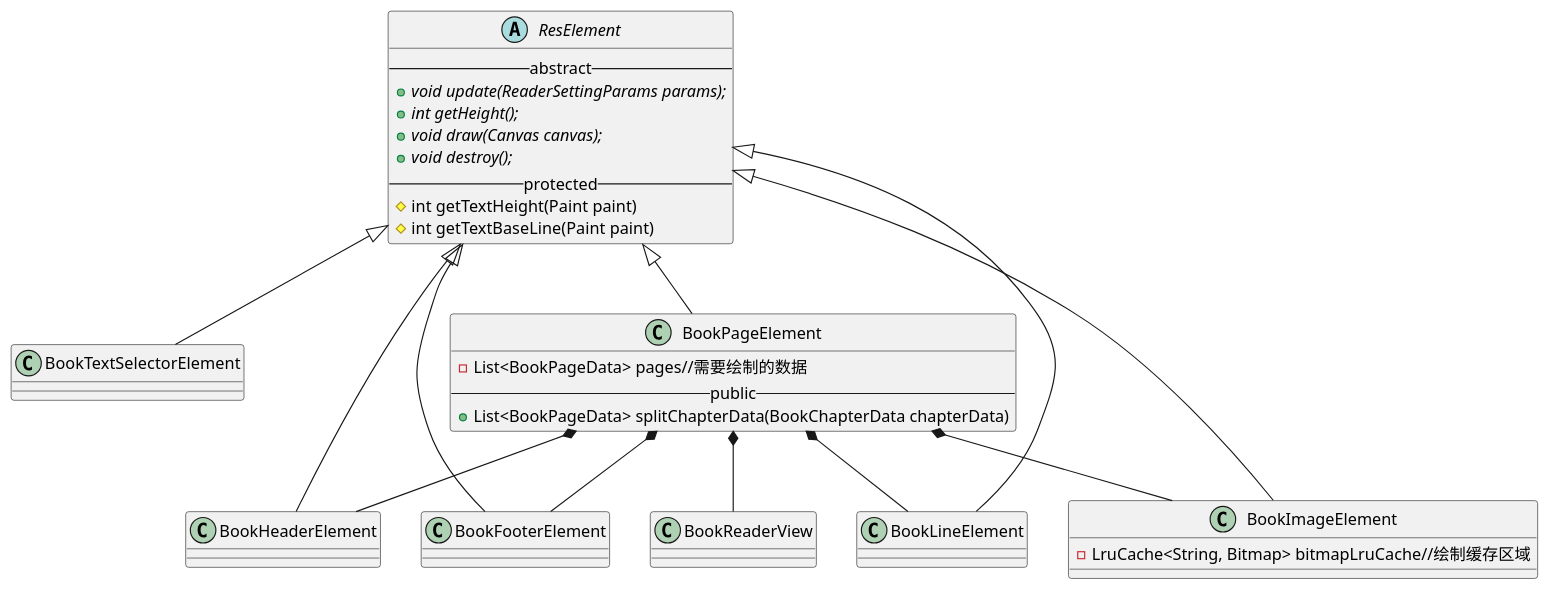
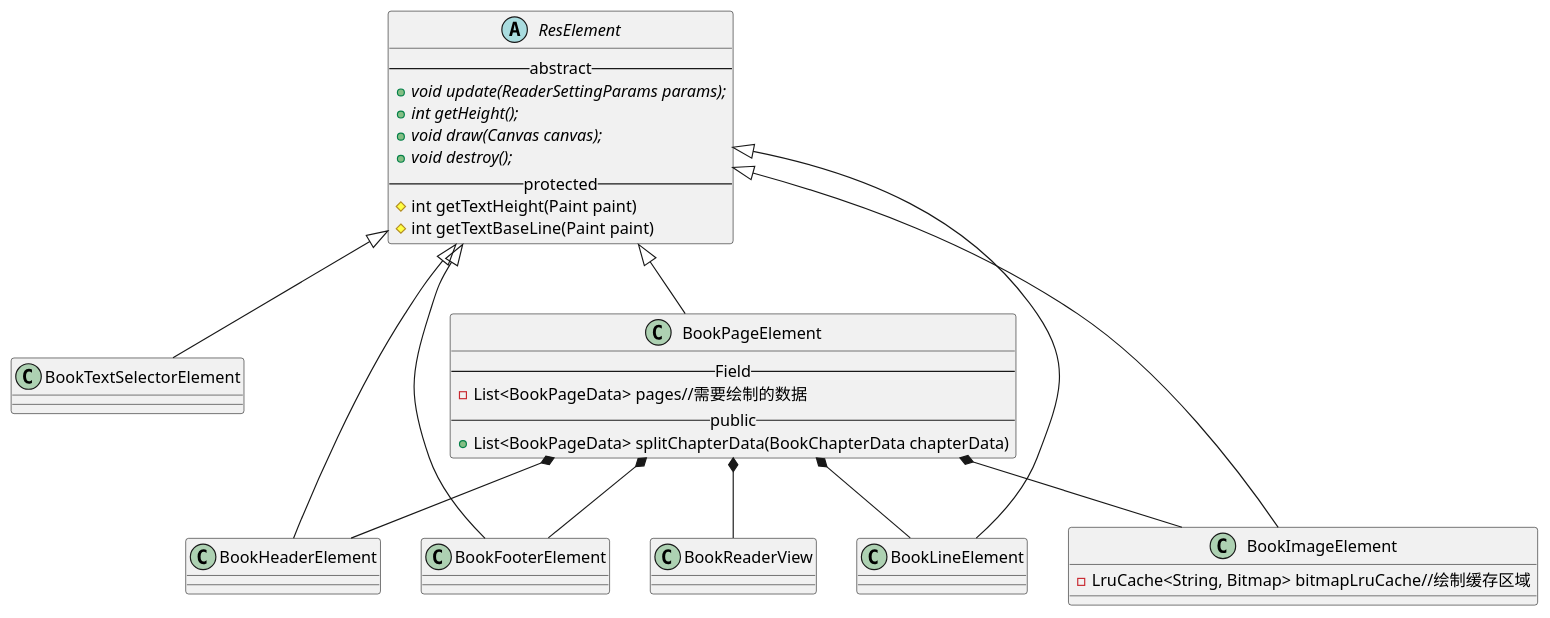
The diagram in uml/reader/module/reader/class/element.puml (yufns/uml), drawn with PlantUML before and after one commit. The commit also changed 4 other files, not shown here.

```diff
--- a/uml/reader/module/reader/class/element.puml
+++ b/uml/reader/module/reader/class/element.puml
@@ -1,40 +1,41 @@
 @startuml
 abstract class ResElement{
   -- abstract --
   + {abstract} void update(ReaderSettingParams params);
   + {abstract} int getHeight();
   + {abstract} void draw(Canvas canvas);
   + {abstract} void destroy();
   -- protected --
   # int getTextHeight(Paint paint)
   # int getTextBaseLine(Paint paint)
 }
 
 class BookTextSelectorElement
 
 class BookPageElement{
+  -- Field --
   - List<BookPageData> pages//需要绘制的数据
   -- public --
   + List<BookPageData> splitChapterData(BookChapterData chapterData)
 }
 class BookHeaderElement
 class BookFooterElement
 class BookLineElement
 class BookImageElement{
   - LruCache<String, Bitmap> bitmapLruCache//绘制缓存区域
 }
 
 ResElement <|-- BookPageElement
 ResElement <|-- BookHeaderElement
 ResElement <|-- BookFooterElement
 ResElement <|-- BookLineElement
 ResElement <|-- BookImageElement
 ResElement <|-- BookTextSelectorElement
 
 BookPageElement *-- BookHeaderElement
 BookPageElement *-- BookFooterElement
 BookPageElement *-- BookLineElement
 BookPageElement *-- BookReaderView
 BookPageElement *-- BookImageElement
 
 @enduml
```
